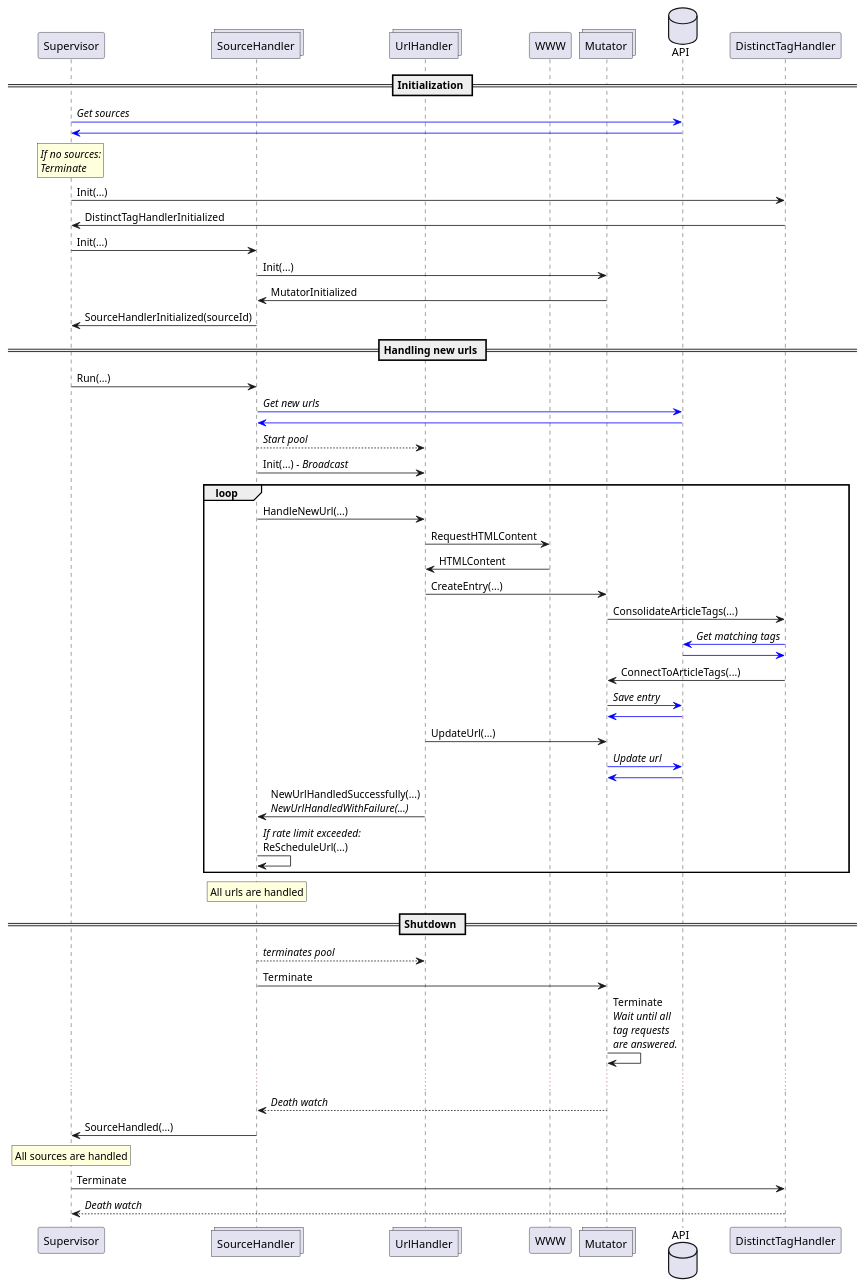
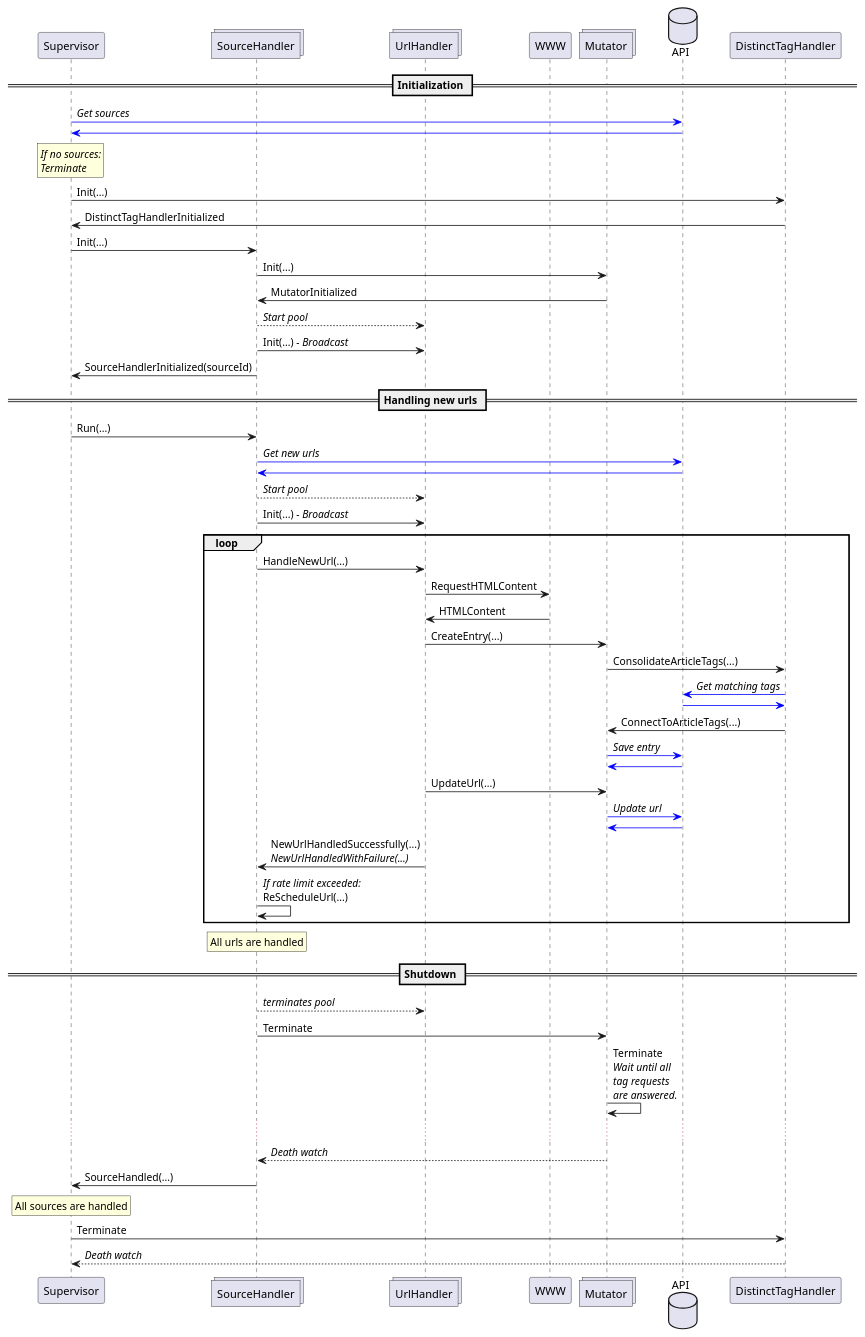
The diagram in doc/proto.puml (coverified/content_extractor), drawn with PlantUML before and after one commit. The commit also changed 2 other files, not shown here.

Commit message:
Start url worker pool on initialization of source handler

```diff
--- a/doc/proto.puml
+++ b/doc/proto.puml
@@ -1,72 +1,74 @@
 @startuml
 participant Supervisor
 collections SourceHandler
 collections UrlHandler
 participant WWW
 collections Mutator
 database API
 
 == Initialization ==
 Supervisor -[#blue]> API: //Get sources//
 API -[#blue]> Supervisor
 rnote over Supervisor: //If no sources://\n//Terminate//
 Supervisor -> DistinctTagHandler: Init(...)
 DistinctTagHandler -> Supervisor: DistinctTagHandlerInitialized
 
 Supervisor -> SourceHandler: Init(...)
 SourceHandler -> Mutator: Init(...)
 Mutator -> SourceHandler: MutatorInitialized
+SourceHandler --> UrlHandler: //Start pool//
+SourceHandler -> UrlHandler: Init(...) //- Broadcast//
 SourceHandler -> Supervisor: SourceHandlerInitialized(sourceId)
 
 == Handling new urls ==
 Supervisor -> SourceHandler: Run(...)
 SourceHandler -[#blue]> API: //Get new urls//
 ' TODO: Report back, if there are no new urls to handle
 API -[#blue]> SourceHandler
 SourceHandler --> UrlHandler: //Start pool//
 SourceHandler -> UrlHandler: Init(...) //- Broadcast//
 ' TODO: Report back from url handlers
 
 loop
 SourceHandler -> UrlHandler: HandleNewUrl(...)
 UrlHandler -> WWW: RequestHTMLContent
 WWW -> UrlHandler: HTMLContent
 
 UrlHandler -> Mutator: CreateEntry(...)
 Mutator -> DistinctTagHandler: ConsolidateArticleTags(...)
 DistinctTagHandler -[#blue]> API: //Get matching tags//
 API -[#blue]> DistinctTagHandler
 DistinctTagHandler -> Mutator: ConnectToArticleTags(...)
 Mutator -[#blue]> API: //Save entry//
 API -[#blue]> Mutator
 ' TODO: Feed back about handled entry
 UrlHandler -> Mutator: UpdateUrl(...)
 Mutator -[#blue]> API: //Update url//
 API -[#blue]> Mutator
 ' TODO: Feed back about handled url
 UrlHandler -> SourceHandler: NewUrlHandledSuccessfully(...)\n//NewUrlHandledWithFailure(...)//
 
 SourceHandler -> SourceHandler: //If rate limit exceeded://\nReScheduleUrl(...)
 end loop
 
 rnote over SourceHandler
     All urls are handled
 endrnote
 
 == Shutdown ==
 
 SourceHandler --> UrlHandler: //terminates pool//
 SourceHandler -> Mutator: Terminate
 Mutator -> Mutator: Terminate\n//Wait until all//\n//tag requests//\n//are answered.//
 ...
 Mutator --> SourceHandler: //Death watch//
 
 SourceHandler -> Supervisor:SourceHandled(...)
 
 rnote over Supervisor
     All sources are handled
 endrnote
 Supervisor -> DistinctTagHandler: Terminate
 DistinctTagHandler --> Supervisor: //Death watch//
 
 @enduml
```
